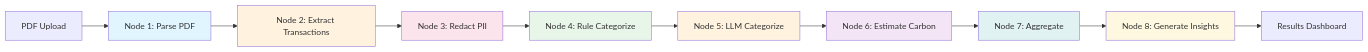
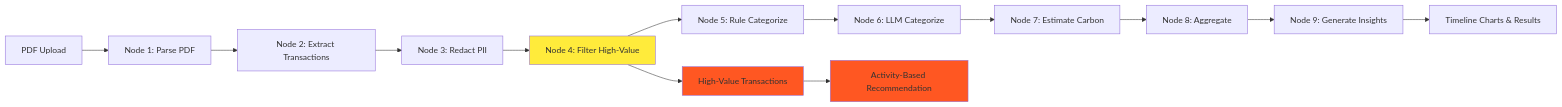
Before and after one commit to sanjayfuloria/carbon_footprint_analyzer_final: the diagram in README.md, drawn with Mermaid. The commit also changed other lines of this file and 8 other files, not shown here.

Commit message:
Added High value filter and line chart with basline visible

````diff
--- a/README.md
+++ b/README.md
@@ -170,21 +228,20 @@
 ```mermaid
 graph LR
     A[PDF Upload] --> B[Node 1: Parse PDF]
     B --> C[Node 2: Extract Transactions]
     C --> D[Node 3: Redact PII]
-    D --> E[Node 4: Rule Categorize]
-    E --> F[Node 5: LLM Categorize]
-    F --> G[Node 6: Estimate Carbon]
-    G --> H[Node 7: Aggregate]
-    H --> I[Node 8: Generate Insights]
-    I --> J[Results Dashboard]
+    D --> E[Node 4: Filter High-Value]
+    E --> F[Node 5: Rule Categorize]
+    F --> G[Node 6: LLM Categorize]
+    G --> H[Node 7: Estimate Carbon]
+    H --> I[Node 8: Aggregate]
+    I --> J[Node 9: Generate Insights]
+    J --> K[Timeline Charts & Results]
     
-    style B fill:#e1f5fe
-    style C fill:#fff3e0
-    style D fill:#fce4ec
-    style E fill:#e8f5e9
-    style F fill:#fff3e0
-    style G fill:#f3e5f5
-    style H fill:#e0f2f1
-    style I fill:#fff8e1
+    E --> L[High-Value Transactions]
+    L --> M[Activity-Based Recommendation]
+    
+    style E fill:#ffeb3b
+    style L fill:#ff5722
+    style M fill:#ff5722
 ```
````
